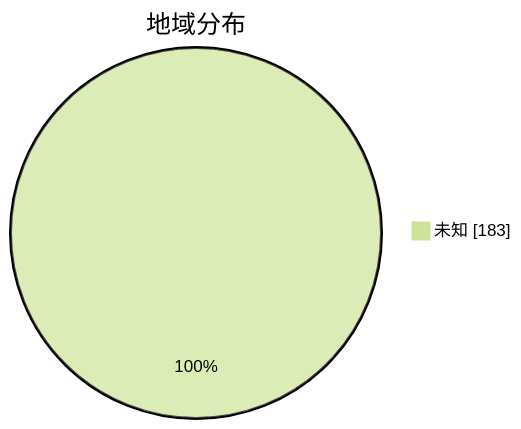
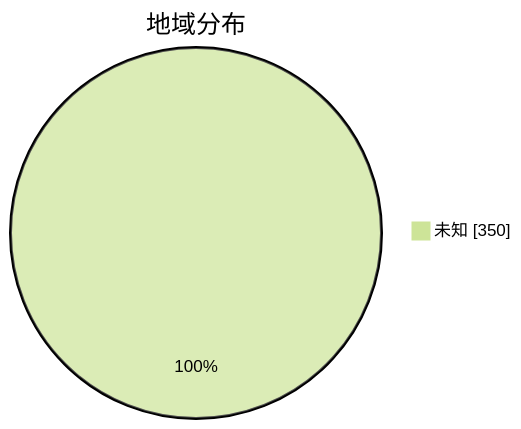
Before and after one commit to qjlxg/airport: the second of 3 diagrams in subs/statistics/tested_within.md, drawn with Mermaid (forest theme). The commit also changed other lines of this file and 2 other files, not shown here.

````diff
--- a/subs/statistics/tested_within.md
+++ b/subs/statistics/tested_within.md
@@ -12,5 +15,5 @@
 ```mermaid
 pie showData
 title 地域分布
-"未知" : 183
+"未知" : 350
 ```
````
